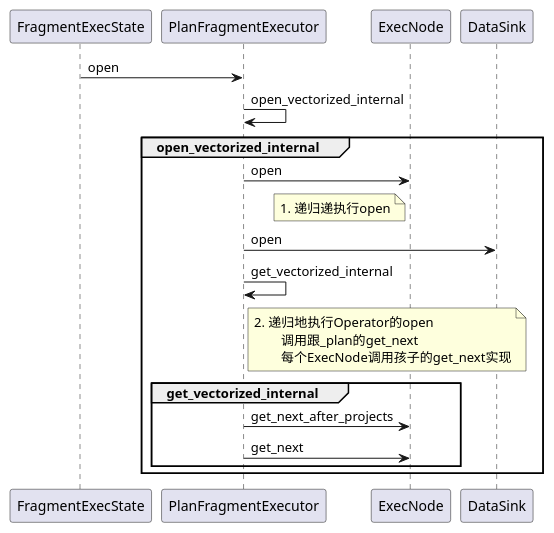
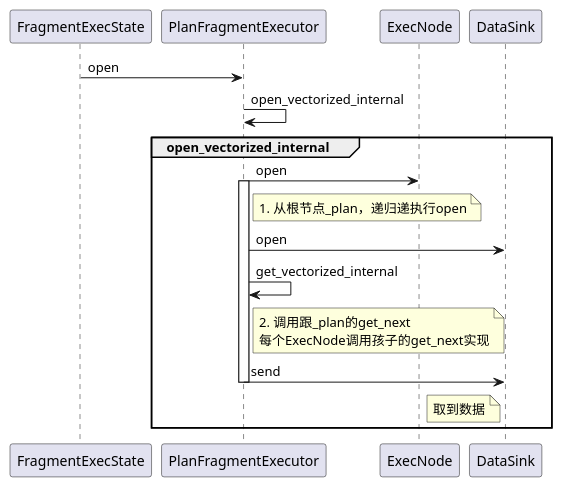
Before and after one commit to DepInjoy/geektime: the fourth of 6 diagrams in doc/DB/Doris/SourceRead/12_01_Exec_Volcano.md, drawn with PlantUML. The commit also changed other lines of this file, not shown here.

````diff
--- a/doc/DB/Doris/SourceRead/12_01_Exec_Volcano.md
+++ b/doc/DB/Doris/SourceRead/12_01_Exec_Volcano.md
@@ -80,17 +105,17 @@
 ```plantuml
 @startuml
 FragmentExecState -> PlanFragmentExecutor:open
 PlanFragmentExecutor -> PlanFragmentExecutor:open_vectorized_internal
 group open_vectorized_internal
     PlanFragmentExecutor -> ExecNode:open
-    note left of ExecNode : 1. 递归递执行open
+    activate PlanFragmentExecutor
+    note right of PlanFragmentExecutor : 1. 从根节点_plan，递归递执行open
     PlanFragmentExecutor -> DataSink:open
     PlanFragmentExecutor -> PlanFragmentExecutor:get_vectorized_internal
-    note right of PlanFragmentExecutor: 2. 递归地执行Operator的open\n\t调用跟_plan的get_next\n\t每个ExecNode调用孩子的get_next实现
-    group get_vectorized_internal
-        PlanFragmentExecutor -> ExecNode:get_next_after_projects
-        PlanFragmentExecutor -> ExecNode:get_next
-    end group
+    note right of PlanFragmentExecutor: 2. 调用跟_plan的get_next\n每个ExecNode调用孩子的get_next实现
+    PlanFragmentExecutor -> DataSink:send
+    note left of DataSink: 取到数据
+    deactivate PlanFragmentExecutor
 end group
 @enduml
 ```
````
